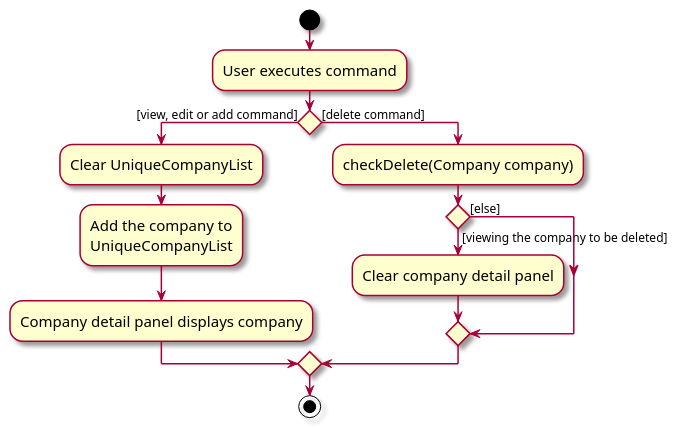
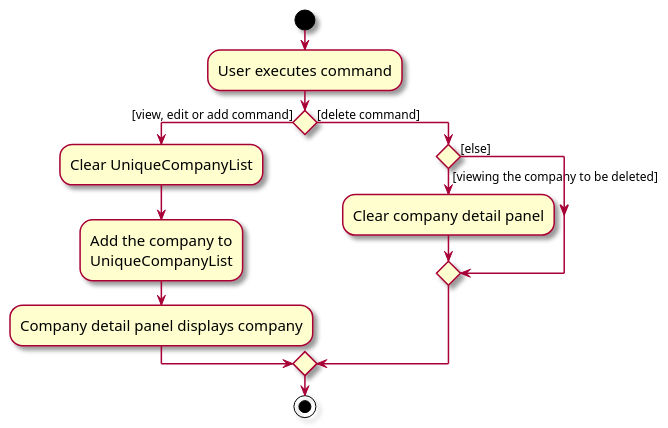
Before and after one commit to tayruxin/tp: the diagram in docs/diagrams/CompanyDetailPanelActivityDiagram.puml, drawn with PlantUML. The commit also changed 1 other file, not shown here.

Commit message:
Update diagram

```diff
--- a/docs/diagrams/CompanyDetailPanelActivityDiagram.puml
+++ b/docs/diagrams/CompanyDetailPanelActivityDiagram.puml
@@ -1,25 +1,24 @@
 @startuml
 skin rose
 skinparam ActivityFontSize 15
 skinparam ArrowFontSize 12
 start
 :User executes command;
 
 'Since the beta syntax does not support placing the condition outside the
 'diamond we place it as the true branch instead.
 
 if () then ([view, edit or add command])
     :Clear UniqueCompanyList;
     :Add the company to
     UniqueCompanyList;
     :Company detail panel displays company;
 else ([delete command])
-    :checkDelete(Company company);
     if () then ([viewing the company to be deleted])
         :Clear company detail panel;
     else ([else])
     endif
 
 endif
 stop
 @enduml
```
